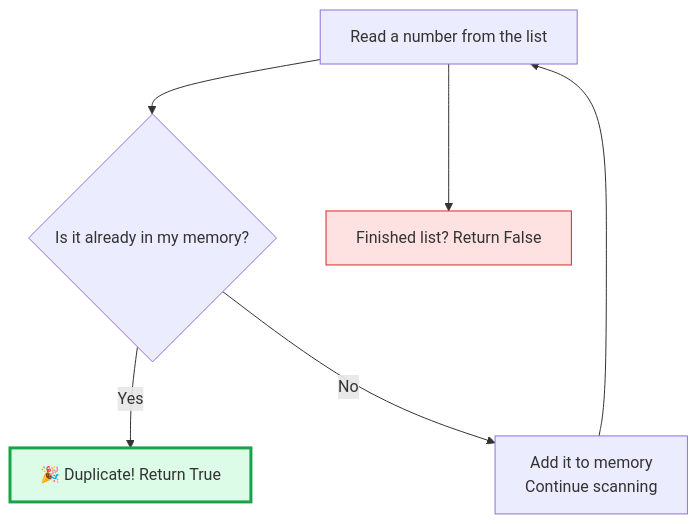
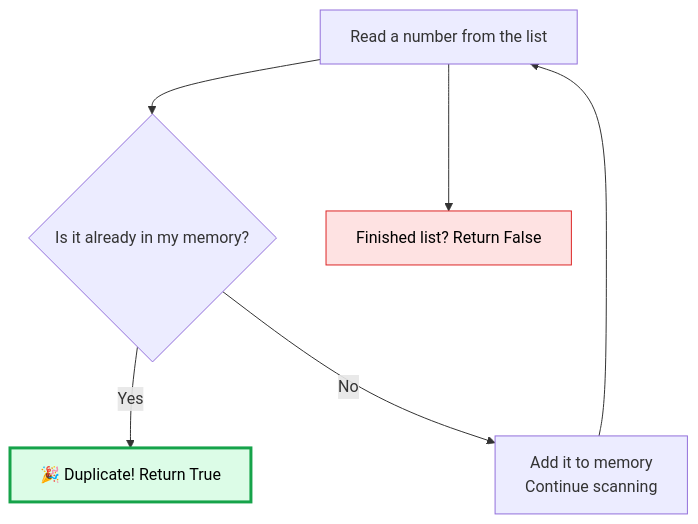
The third of 13 diagrams in 02 - Contains Duplicate/README.md (M-F-Tushar/LeetCode-Problem-Solving), drawn with Mermaid before and after one commit. The commit also changed other lines of this file, not shown here.

````diff
--- a/02 - Contains Duplicate/README.md
+++ b/02 - Contains Duplicate/README.md
@@ -66,11 +65,11 @@
 ```mermaid
 flowchart TD
     A["Read a number from the list"] --> B{"Is it already in my memory?"}
     B -- Yes --> C["🎉 Duplicate! Return True"]
     B -- No  --> D["Add it to memory\nContinue scanning"]
     D --> A
     A --> E["Finished list? Return False"]
 
-    style C fill:#dcfce7,stroke:#16a34a,stroke-width:3px
-    style E fill:#fee2e2,stroke:#dc2626
+    style C fill:#dcfce7,stroke:#16a34a,stroke-width:3px,color:#000000
+    style E fill:#fee2e2,stroke:#dc2626,color:#000000
 ```
````
